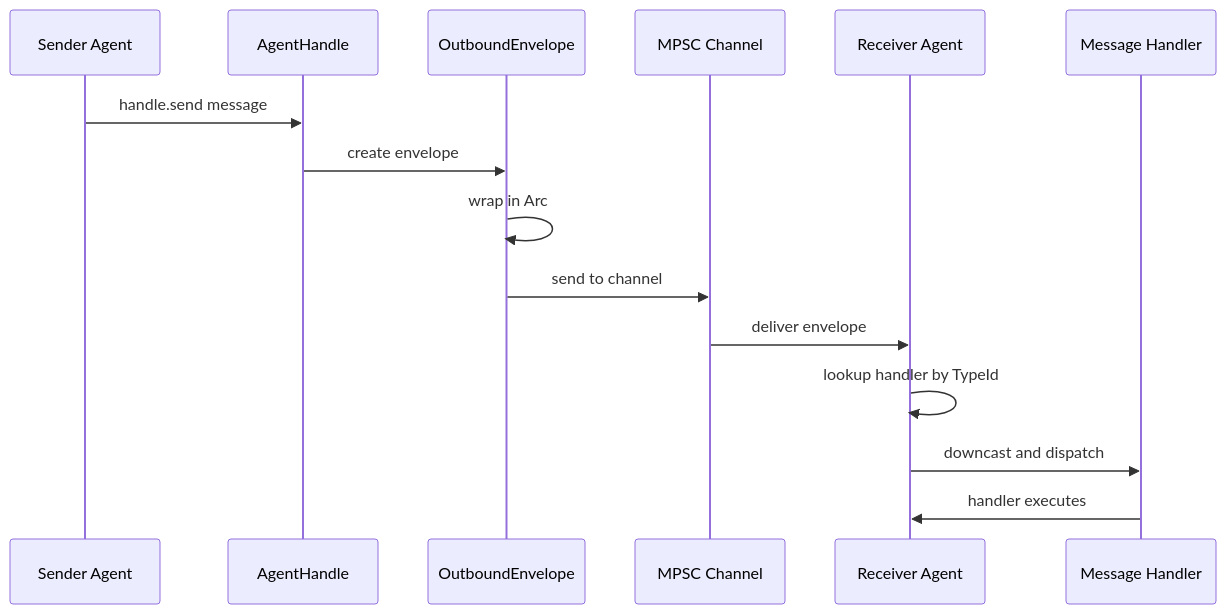
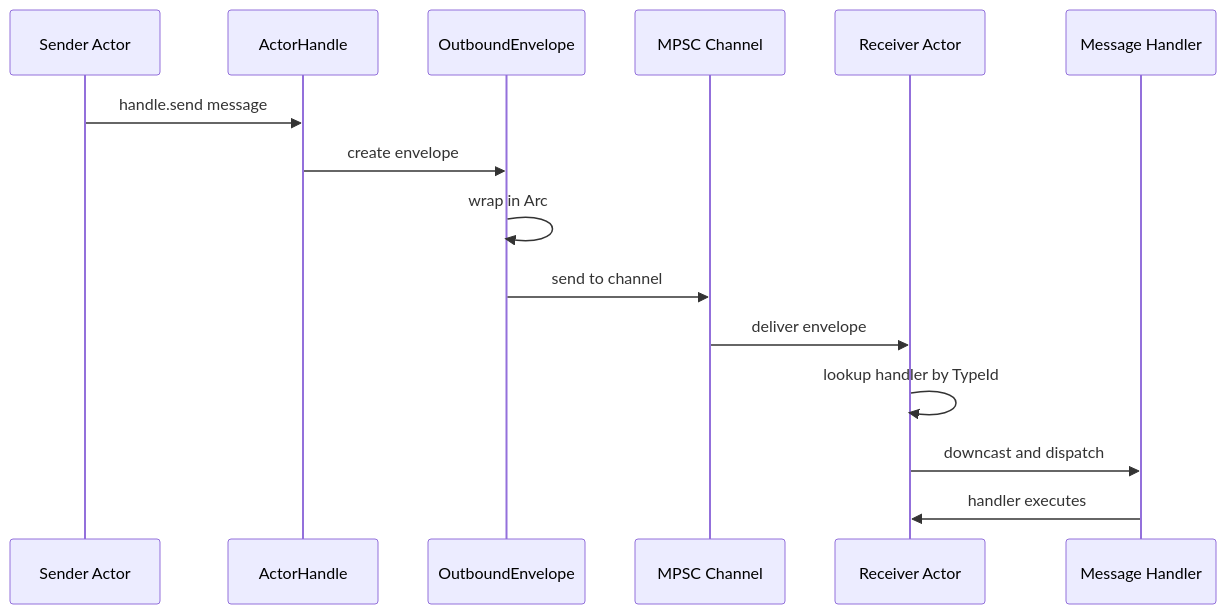
One commit to Govcraft/acton-reactive changed the fifth of 12 diagrams in acton-docs-site/src/app/docs/architecture/page.md. Above: the diagram before and after it, drawn with Mermaid. The commit also changed other lines of this file and 115 other files, not shown here.

````diff
--- a/acton-docs-site/src/app/docs/architecture/page.md
+++ b/acton-docs-site/src/app/docs/architecture/page.md
@@ -257,18 +263,18 @@
 ```mermaid
 sequenceDiagram
-    participant Sender as Sender Agent
-    participant Handle as AgentHandle
+    participant Sender as Sender Actor
+    participant Handle as ActorHandle
     participant Envelope as OutboundEnvelope
     participant Channel as MPSC Channel
-    participant Receiver as Receiver Agent
+    participant Receiver as Receiver Actor
     participant Handler as Message Handler
 
     Sender->>Handle: handle.send message
     Handle->>Envelope: create envelope
     Envelope->>Envelope: wrap in Arc
     Envelope->>Channel: send to channel
     Channel->>Receiver: deliver envelope
     Receiver->>Receiver: lookup handler by TypeId
     Receiver->>Handler: downcast and dispatch
     Handler->>Receiver: handler executes
 ```
````
